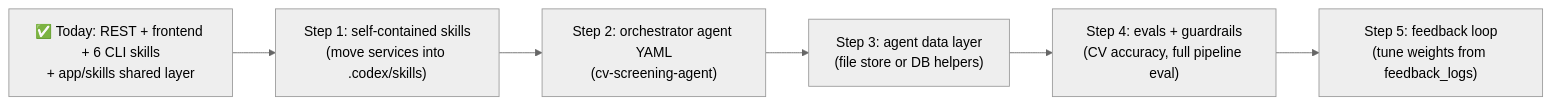
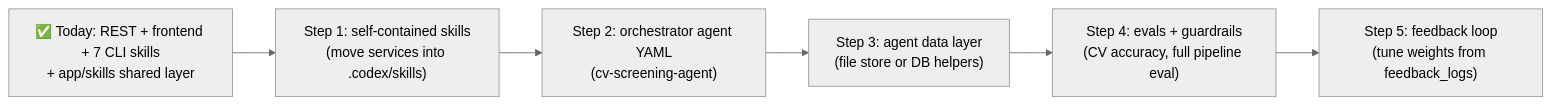
One commit to sagee1125/agent-cv-screening changed the fifth of 5 diagrams in docs/overall-logic-summary-260821.md. Above: the diagram before and after it, drawn with Mermaid (neutral theme). The commit also changed other lines of this file and 20 other files, not shown here.

````diff
--- a/docs/overall-logic-summary-260821.md
+++ b/docs/overall-logic-summary-260821.md
@@ -181,8 +188,8 @@
 ```mermaid
 flowchart LR
-    A["✅ Today: REST + frontend + 6 CLI skills<br/>+ app/skills shared layer"] --> B["Step 1: self-contained skills<br/>(move services into .codex/skills)"]
+    A["✅ Today: REST + frontend + 7 CLI skills<br/>+ app/skills shared layer"] --> B["Step 1: self-contained skills<br/>(move services into .codex/skills)"]
     B --> C["Step 2: orchestrator agent YAML<br/>(cv-screening-agent)"]
     C --> D["Step 3: agent data layer<br/>(file store or DB helpers)"]
     D --> E["Step 4: evals + guardrails<br/>(CV accuracy, full pipeline eval)"]
     E --> F["Step 5: feedback loop<br/>(tune weights from feedback_logs)"]
 ```
````
